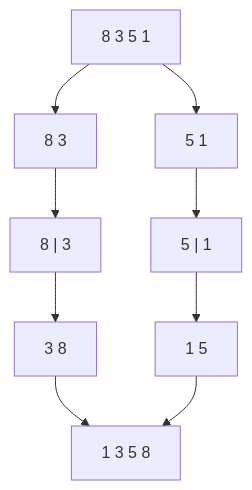
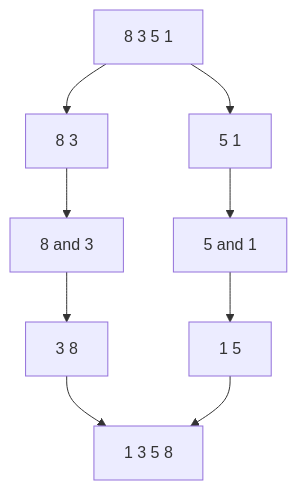
The ninth of 19 diagrams in ReadMe.md (xolghadr/dsa-guide), drawn with Mermaid before and after one commit. The commit also changed other lines of this file, not shown here.

````diff
--- a/ReadMe.md
+++ b/ReadMe.md
@@ -447,11 +471,11 @@
 ```mermaid
 flowchart TD
     a["8 3 5 1"] --> b["8 3"]
     a --> c["5 1"]
-    b --> d["8 | 3"]
-    c --> e["5 | 1"]
+    b --> d["8 and 3"]
+    c --> e["5 and 1"]
     d --> m1["3 8"]
     e --> m2["1 5"]
     m1 --> done["1 3 5 8"]
     m2 --> done
 ```
````
